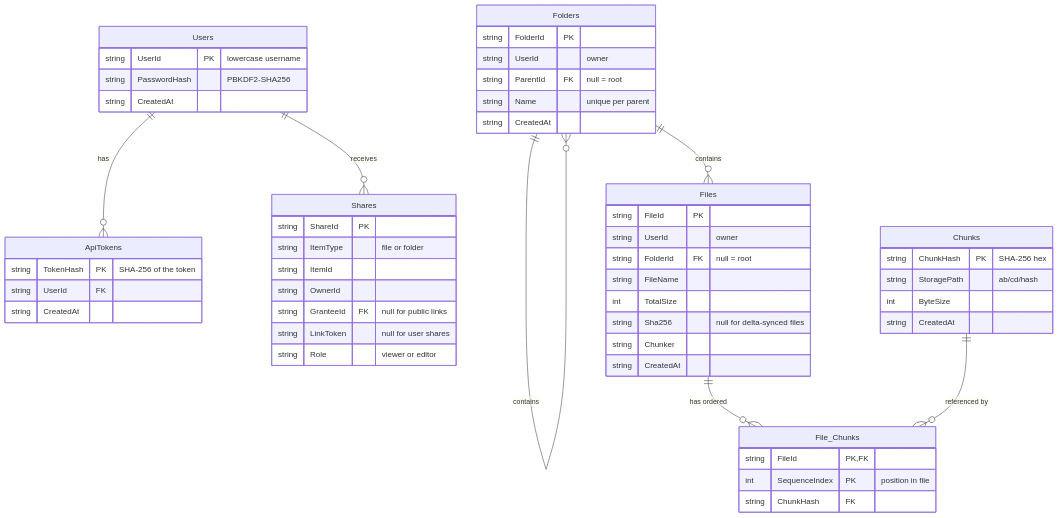
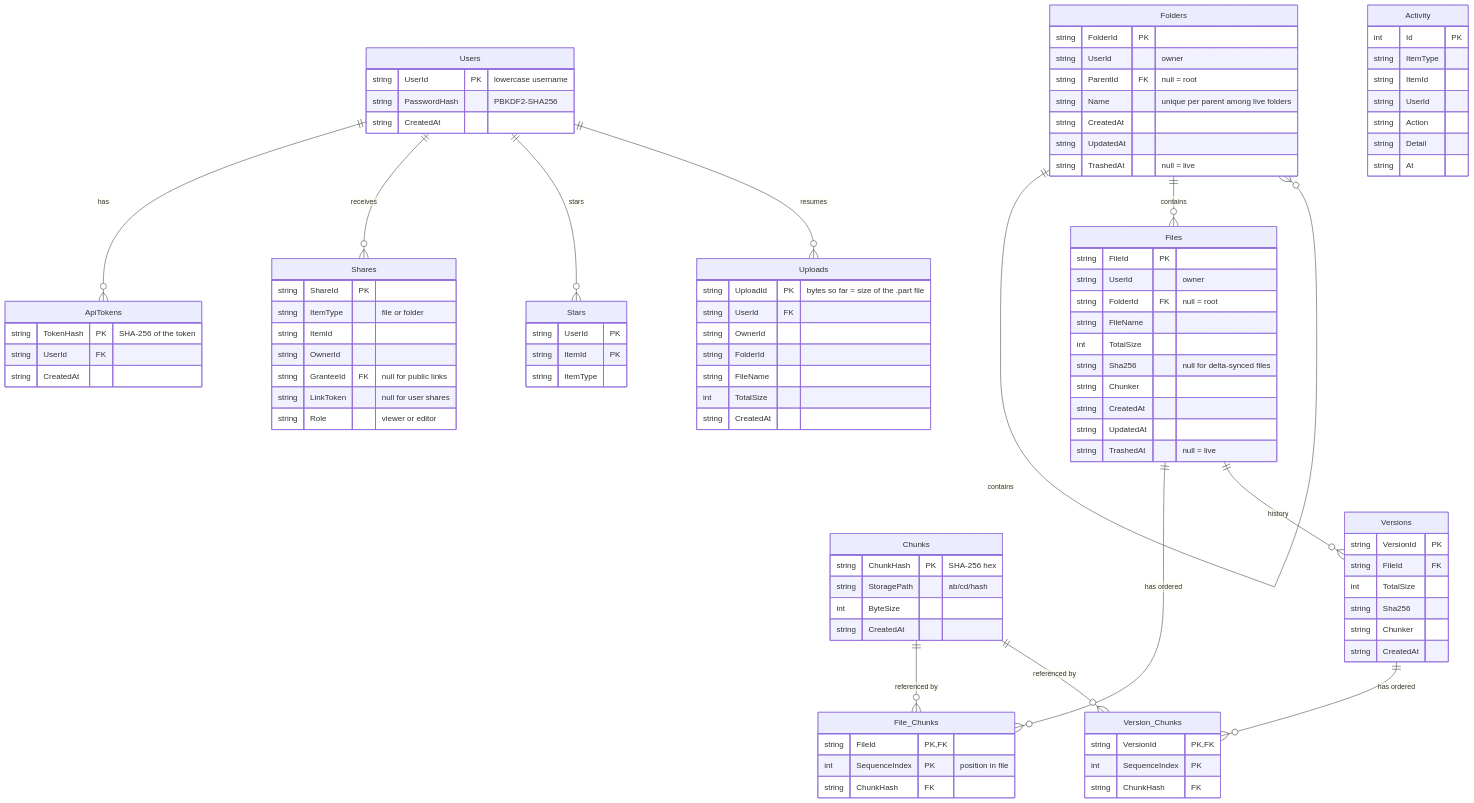
The fourth of 16 diagrams in docs/VISUALIZATION.md (havish-coder/Drive), drawn with Mermaid before and after one commit. The commit also changed other lines of this file and 12 other files, not shown here.

First line of the commit message:
Premium Drive UI: details panel, versions, trash, grid, resumable uploads, media

```diff
--- a/docs/VISUALIZATION.md
+++ b/docs/VISUALIZATION.md
@@ -236,6 +237,11 @@
   Folders ||--o{ Files : "contains"
   Files ||--o{ File_Chunks : "has ordered"
   Chunks ||--o{ File_Chunks : "referenced by"
+  Files ||--o{ Versions : "history"
+  Versions ||--o{ Version_Chunks : "has ordered"
+  Chunks ||--o{ Version_Chunks : "referenced by"
+  Users ||--o{ Stars : "stars"
+  Users ||--o{ Uploads : "resumes"
 
   Users {
     string UserId PK "lowercase username"
@@ -251,8 +257,10 @@
     string FolderId PK
     string UserId "owner"
     string ParentId FK "null = root"
-    string Name "unique per parent"
+    string Name "unique per parent among live folders"
     string CreatedAt
+    string UpdatedAt
+    string TrashedAt "null = live"
   }
   Files {
     string FileId PK
@@ -262,6 +270,44 @@
     int TotalSize
     string Sha256 "null for delta-synced files"
     string Chunker
+    string CreatedAt
+    string UpdatedAt
+    string TrashedAt "null = live"
+  }
+  Versions {
+    string VersionId PK
+    string FileId FK
+    int TotalSize
+    string Sha256
+    string Chunker
+    string CreatedAt
+  }
+  Version_Chunks {
+    string VersionId PK, FK
+    int SequenceIndex PK
+    string ChunkHash FK
+  }
+  Stars {
+    string UserId PK
+    string ItemId PK
+    string ItemType
+  }
+  Activity {
+    int Id PK
+    string ItemType
+    string ItemId
+    string UserId
+    string Action
+    string Detail
+    string At
+  }
+  Uploads {
+    string UploadId PK "bytes so far = size of the .part file"
+    string UserId FK
+    string OwnerId
+    string FolderId
+    string FileName
+    int TotalSize
     string CreatedAt
   }
   Shares {
```
